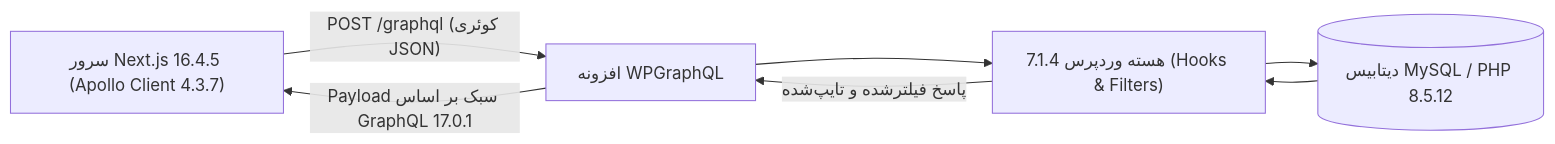
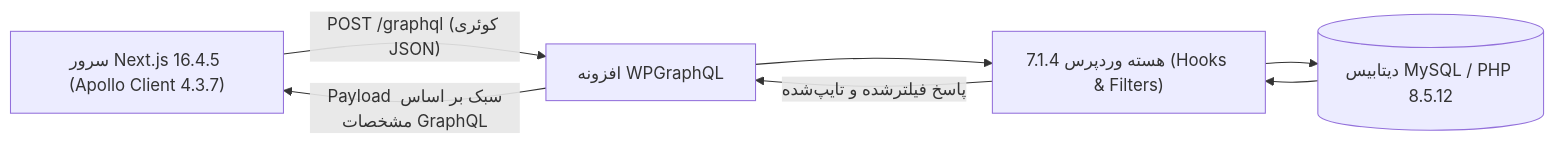
Before and after one commit to herehossein/headlessWP-nextJS: the diagram in book/04-api-setup-cors.md, drawn with Mermaid. The commit also changed other lines of this file and 11 other files, not shown here.

First line of the commit message:
fix(book): resolve factual inaccuracies, deprecations, and auth architecture

````diff
--- a/book/04-api-setup-cors.md
+++ b/book/04-api-setup-cors.md
@@ -21,9 +21,9 @@
 ```mermaid
 flowchart LR
     Next["سرور Next.js 16.4.5 (Apollo Client 4.3.7)"] -->|"POST /graphql (کوئری JSON)"| WP_GQL["افزونه WPGraphQL"]
     WP_GQL --> WP_Core["هسته وردپرس 7.1.4 (Hooks & Filters)"]
     WP_Core --> DB[(دیتابیس MySQL / PHP 8.5.12)]
     DB --> WP_Core
     WP_Core -->|"پاسخ فیلترشده و تایپ‌شده"| WP_GQL
-    WP_GQL -->|"Payload سبک بر اساس GraphQL 17.0.1"| Next
+    WP_GQL -->|"Payload سبک بر اساس مشخصات GraphQL"| Next
 ```
````
